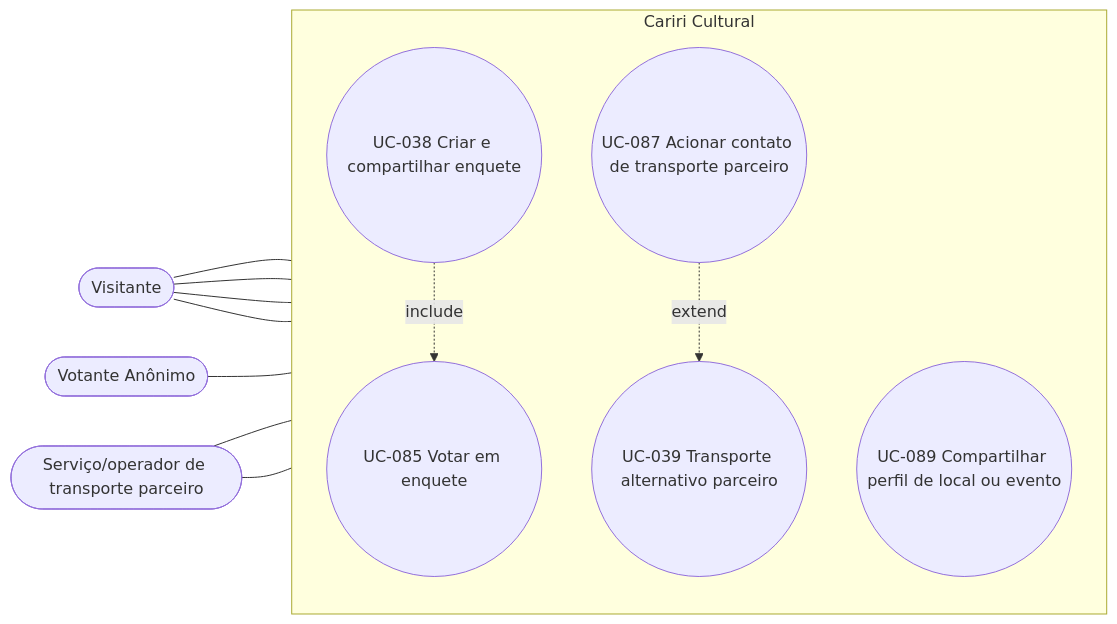
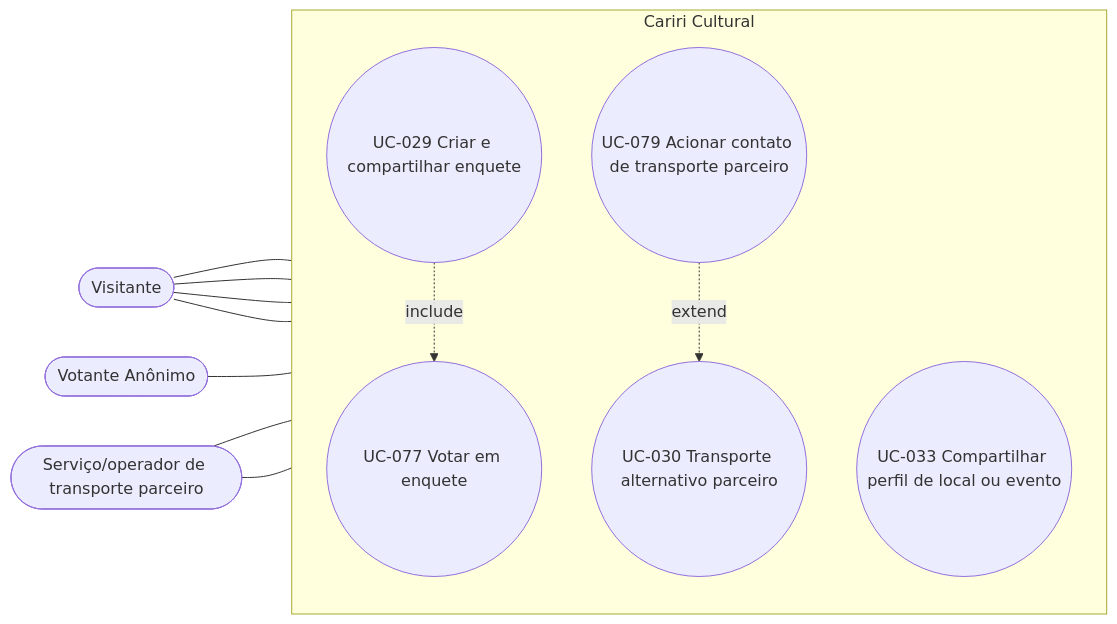
Before and after one commit to alan-mendes-ufca/CaririCultural: the seventh of 11 diagrams in home/user-cases/use-cases-diagram.md, drawn with Mermaid. The commit also changed other lines of this file and 4 other files, not shown here.

````diff
--- a/home/user-cases/use-cases-diagram.md
+++ b/home/user-cases/use-cases-diagram.md
@@ -311,26 +254,26 @@
 ```mermaid
 flowchart LR
     %% Atores
     V([Visitante])
     VA([Votante Anônimo])
     TP([Serviço/operador de transporte parceiro])
 
     %% Fronteira
     subgraph CC [Cariri Cultural]
         direction TB
-        UC038((UC-038 Criar e compartilhar enquete))
-        UC039((UC-039 Transporte alternativo parceiro))
-        UC085((UC-085 Votar em enquete))
-        UC087((UC-087 Acionar contato de transporte parceiro))
-        UC089((UC-089 Compartilhar perfil de local ou evento))
+        UC029((UC-029 Criar e compartilhar enquete))
+        UC030((UC-030 Transporte alternativo parceiro))
+        UC077((UC-077 Votar em enquete))
+        UC079((UC-079 Acionar contato de transporte parceiro))
+        UC033((UC-033 Compartilhar perfil de local ou evento))
     end
 
     %% Relações Ator -> Caso de Uso
-    V --- UC039 & UC087 & UC038 & UC089
-    VA --- UC085
-    TP --- UC039 & UC087
+    V --- UC030 & UC079 & UC029 & UC033
+    VA --- UC077
+    TP --- UC030 & UC079
 
     %% Relações Include / Extend
-    UC038 -.->|include| UC085
-    UC087 -.->|extend| UC039
+    UC029 -.->|include| UC077
+    UC079 -.->|extend| UC030
 ```
````
